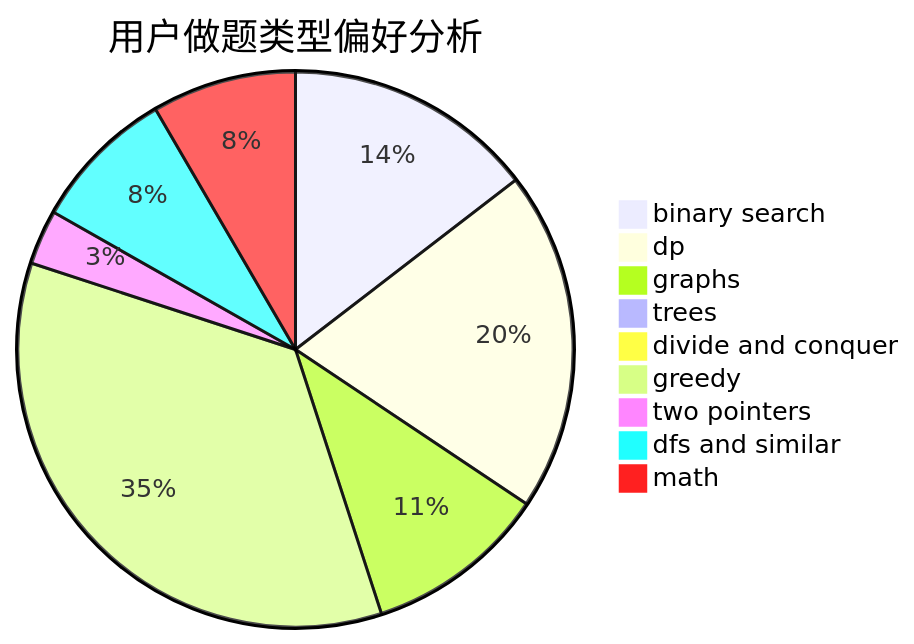
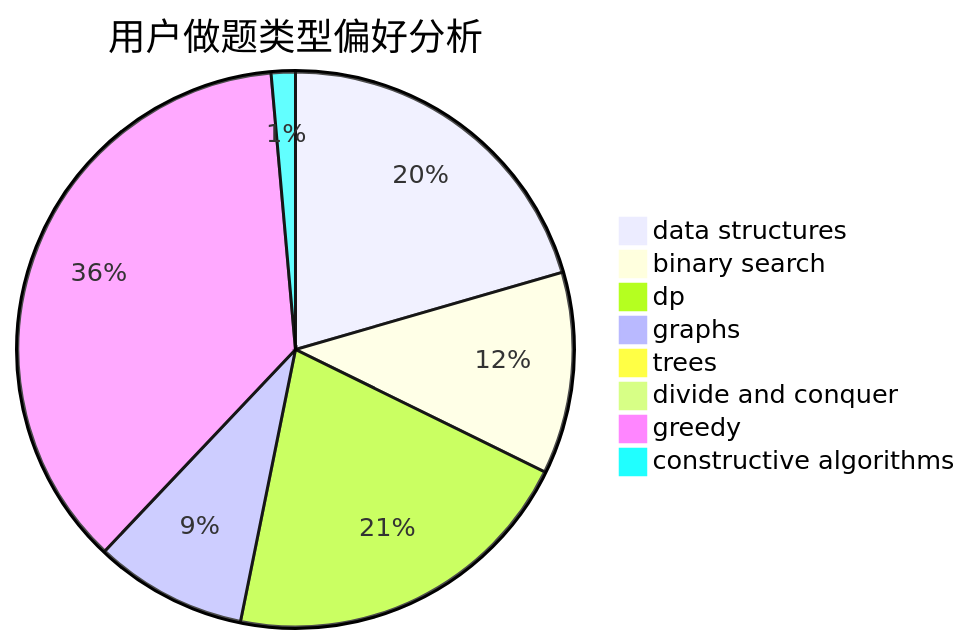
One commit to sherpahu/cfrs.github.io changed the second of 3 diagrams in docs/user/u2623.md. Above: the diagram before and after it, drawn with Mermaid. The commit also changed other lines of this file and 2775 other files, not shown here.

````diff
--- a/docs/user/u2623.md
+++ b/docs/user/u2623.md
@@ -23,12 +23,11 @@
 ```mermaid
 pie title 用户做题类型偏好分析
-    "binary search" :  288
-    "dp" :  392
-    "graphs" :  210
-    "trees" :  17
+    "data structures" :  365
+    "binary search" :  209
+    "dp" :  372
+    "graphs" :  158
+    "trees" :  6
     "divide and conquer" :  0
-    "greedy" :  693
-    "two pointers" :  63
-    "dfs and similar" :  166
-    "math" :  166
+    "greedy" :  650
+    "constructive algorithms" :  25
 ```
````
